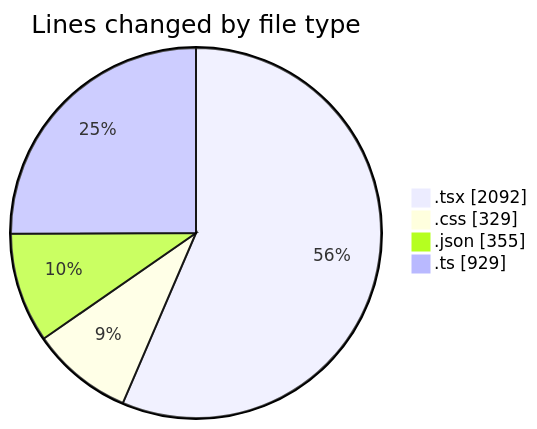
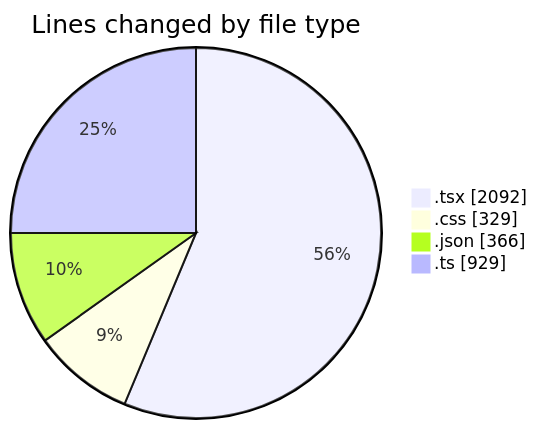
Before and after one commit to julien-gomy/code-tracking: the first of 2 diagrams in 2025-10-10/eventscop-frontend-guide__workspace_/README.md, drawn with Mermaid. The commit also changed other lines of this file and 1 other file, not shown here.

````diff
--- a/2025-10-10/eventscop-frontend-guide__workspace_/README.md
+++ b/2025-10-10/eventscop-frontend-guide__workspace_/README.md
@@ -35,8 +35,8 @@
 ```mermaid
 pie showData
 title Lines changed by file type
 ".tsx" : 2092
 ".css" : 329
-".json" : 355
+".json" : 366
 ".ts" : 929
 ```
````
